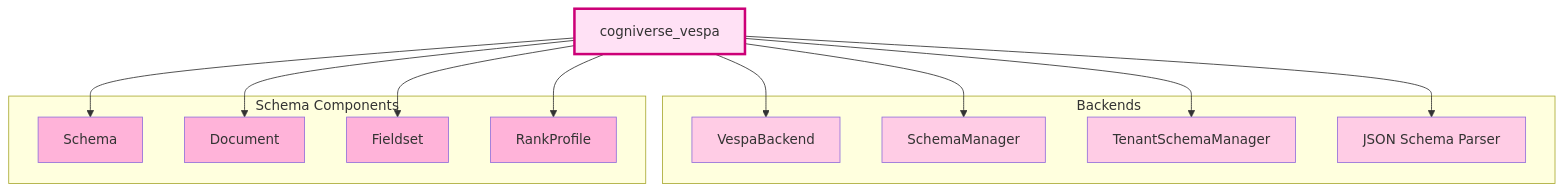
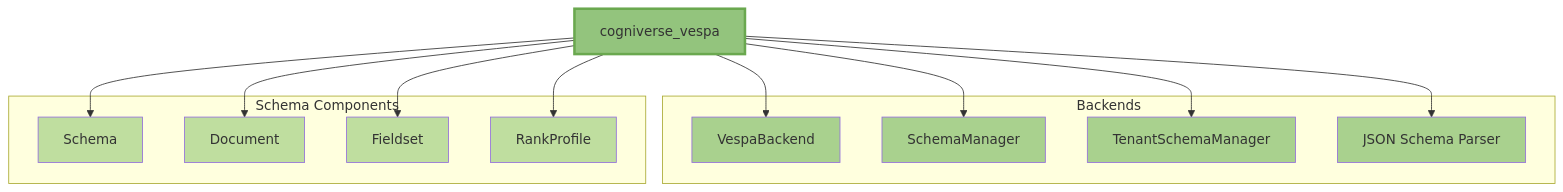
The seventh of 17 diagrams in docs/diagrams/sdk-architecture-diagrams.md (amit-jain/cogniverse), drawn with Mermaid before and after one commit. The commit also changed other lines of this file and 49 other files, not shown here.

First line of the commit message:
Update all documentation to reflect 10-package architecture

````diff
--- a/docs/diagrams/sdk-architecture-diagrams.md
+++ b/docs/diagrams/sdk-architecture-diagrams.md
@@ -223,37 +378,37 @@
 ```mermaid
 graph TB
     VespaPkg[cogniverse_vespa]
 
     subgraph "Backends"
         VespaBackend[VespaBackend]
         SchemaManager[SchemaManager]
         TenantSchemaManager[TenantSchemaManager]
         JSONParser[JSON Schema Parser]
     end
 
     subgraph "Schema Components"
         Schema[Schema]
         Document[Document]
         Fieldset[Fieldset]
         RankProfile[RankProfile]
     end
 
     VespaPkg --> VespaBackend
     VespaPkg --> SchemaManager
     VespaPkg --> TenantSchemaManager
     VespaPkg --> JSONParser
     VespaPkg --> Schema
     VespaPkg --> Document
     VespaPkg --> Fieldset
     VespaPkg --> RankProfile
 
-    style VespaPkg fill:#ffe1f5,stroke:#cc0077,stroke-width:3px
-    style VespaBackend fill:#ffcce5
-    style SchemaManager fill:#ffcce5
-    style TenantSchemaManager fill:#ffcce5
-    style JSONParser fill:#ffcce5
-    style Schema fill:#ffb3d9
-    style Document fill:#ffb3d9
-    style Fieldset fill:#ffb3d9
-    style RankProfile fill:#ffb3d9
+    style VespaPkg fill:#93C47D,stroke:#6AA84F,stroke-width:3px
+    style VespaBackend fill:#A9D18E
+    style SchemaManager fill:#A9D18E
+    style TenantSchemaManager fill:#A9D18E
+    style JSONParser fill:#A9D18E
+    style Schema fill:#BFDE9F
+    style Document fill:#BFDE9F
+    style Fieldset fill:#BFDE9F
+    style RankProfile fill:#BFDE9F
 ```
````
